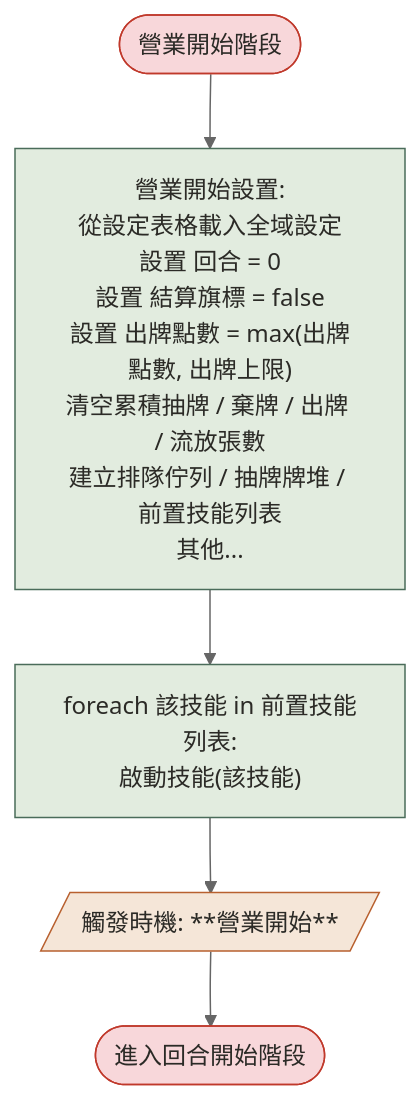
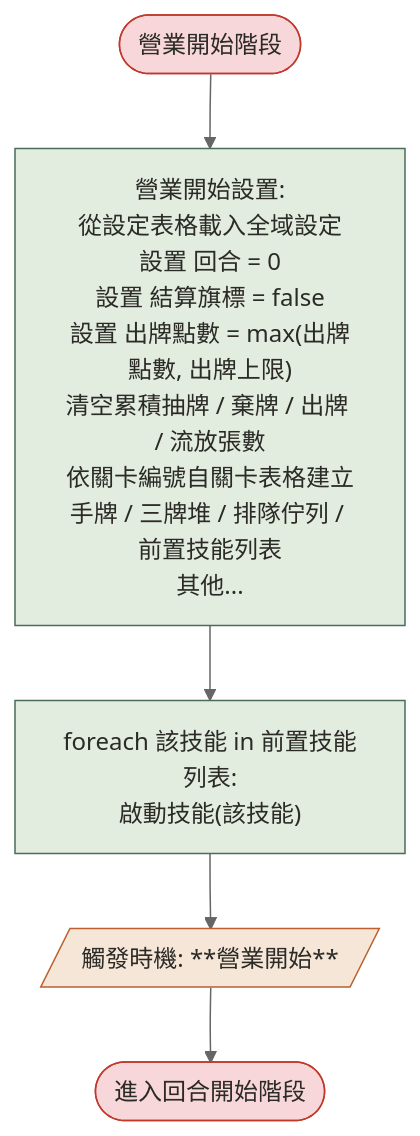
Before and after one commit to yinweli/RovingDiner: the diagram in doc/build-html/mermaid/flow-core-1.mmd, drawn with Mermaid (neutral theme). The commit also changed 4 other files, not shown here.

```diff
--- a/doc/build-html/mermaid/flow-core-1.mmd
+++ b/doc/build-html/mermaid/flow-core-1.mmd
@@ -1,12 +1,12 @@
 flowchart TD
-    Start([營業開始階段]) --> A0["營業開始設置:<br/>從設定表格載入全域設定<br/>設置 回合 = 0<br/>設置 結算旗標 = false<br/>設置 出牌點數 = max(出牌點數, 出牌上限)<br/>清空累積抽牌 / 棄牌 / 出牌 / 流放張數<br/>建立排隊佇列 / 抽牌牌堆 / 前置技能列表<br/>其他..."]
+    Start([營業開始階段]) --> A0["營業開始設置:<br/>從設定表格載入全域設定<br/>設置 回合 = 0<br/>設置 結算旗標 = false<br/>設置 出牌點數 = max(出牌點數, 出牌上限)<br/>清空累積抽牌 / 棄牌 / 出牌 / 流放張數<br/>依關卡編號自關卡表格建立<br/>手牌 / 三牌堆 / 排隊佇列 / 前置技能列表<br/>其他..."]
     A0 --> A1["foreach 該技能 in 前置技能列表:<br/>啟動技能(該技能)"]
     A1 --> T1[/"觸發時機: **營業開始**"/]
     T1 --> End([進入回合開始階段])
 
     class Start,End terminal
     class A0,A1 action
     class T1 trigger
     classDef action fill:#e2ecdf,stroke:#4a6c5a,color:#2b2a26
     classDef trigger fill:#f5e6d8,stroke:#b8602f,color:#2b2a26
     classDef terminal fill:#f8d7da,stroke:#c0392b,color:#2b2a26
```
